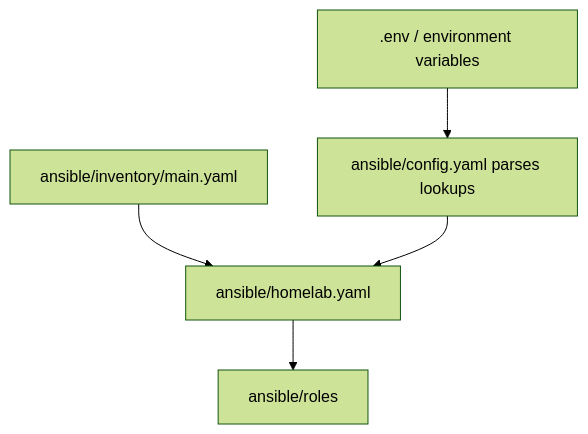
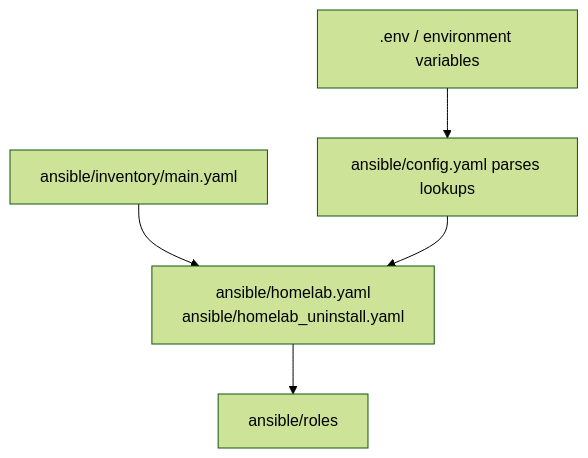
Before and after one commit to this-oliver/homelab: the sixth of 6 diagrams in docs/architecture.md, drawn with Mermaid (forest theme). The commit also changed other lines of this file and 13 other files, not shown here.

````diff
--- a/docs/architecture.md
+++ b/docs/architecture.md
@@ -111,7 +156,7 @@
 ```mermaid
 flowchart TB
     Env[.env / environment variables] --> Config[ansible/config.yaml parses lookups]
-    Inv[ansible/inventory/main.yaml] --> Playbook[ansible/homelab.yaml]
+    Inv[ansible/inventory/main.yaml] --> Playbook[ansible/homelab.yaml<br/>ansible/homelab_uninstall.yaml]
     Config --> Playbook
     Playbook --> Roles[ansible/roles]
 ```
````
